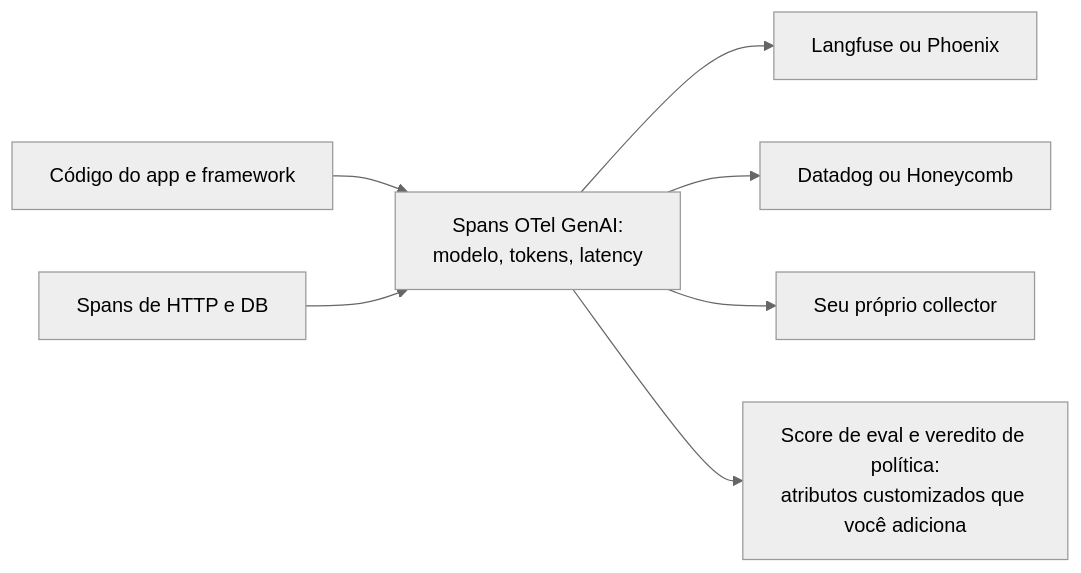
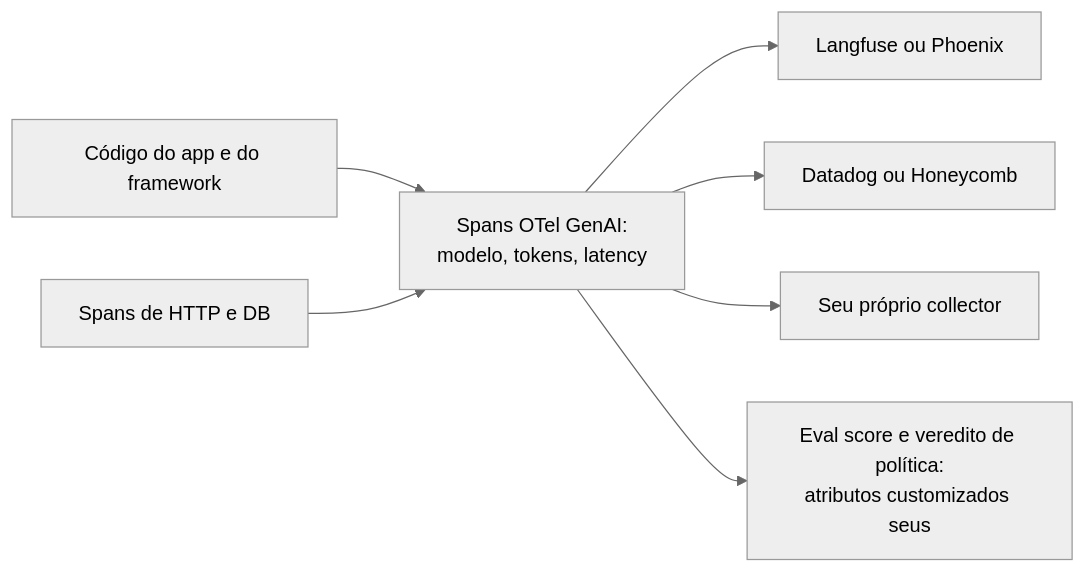
The sixth of 28 diagrams in 07-evaluation-and-observability/questions.pt-BR.md (andrevberaldo/AI-Engineer-Interview-Questions), drawn with Mermaid (neutral theme) before and after one commit. The commit also changed other lines of this file and 1 other file, not shown here.

````diff
--- a/07-evaluation-and-observability/questions.pt-BR.md
+++ b/07-evaluation-and-observability/questions.pt-BR.md
@@ -346,9 +346,9 @@
 ```mermaid
 flowchart LR
-    A["Código do app e framework"] --> S["Spans OTel GenAI:<br/>modelo, tokens, latency"]
+    A["Código do app e do framework"] --> S["Spans OTel GenAI:<br/>modelo, tokens, latency"]
     H["Spans de HTTP e DB"] --> S
     S --> B1["Langfuse ou Phoenix"]
     S --> B2["Datadog ou Honeycomb"]
     S --> B3["Seu próprio collector"]
-    S --> Q["Score de eval e veredito de política:<br/>atributos customizados que você adiciona"]
+    S --> Q["Eval score e veredito de política:<br/>atributos customizados seus"]
 ```
````
